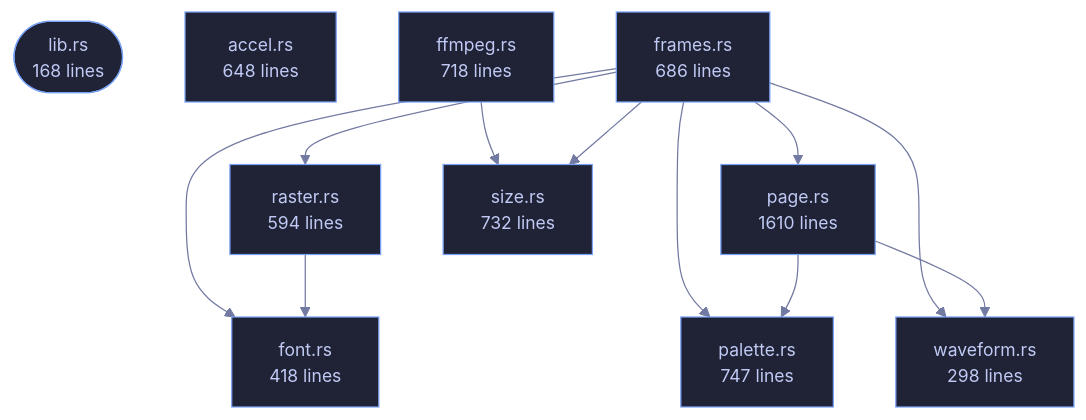
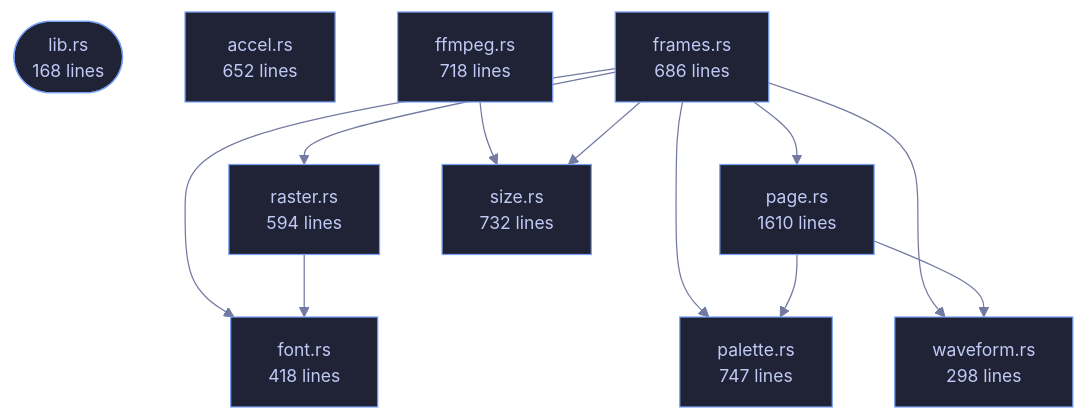
One commit to tilas01/veilvoice changed the diagram in crates/veilvoice-video/README.md. Above: the diagram before and after it, drawn with Mermaid. The commit also changed other lines of this file and 38 other files, not shown here.

````diff
--- a/crates/veilvoice-video/README.md
+++ b/crates/veilvoice-video/README.md
@@ -90,34 +90,34 @@
 ```mermaid
 %%{init: {"theme":"base","themeVariables":{"background":"#1a1b26","primaryColor":"#1f2335","primaryTextColor":"#c0caf5","primaryBorderColor":"#7aa2f7","secondaryColor":"#16161e","tertiaryColor":"#16161e","lineColor":"#737aa2","textColor":"#c0caf5","mainBkg":"#1f2335","nodeBorder":"#7aa2f7","clusterBkg":"#16161e","clusterBorder":"#2f3549","fontFamily":"ui-monospace, SFMono-Regular, Consolas, monospace","fontSize":"14px"}}}%%
 flowchart TD
     n_lib(["lib.rs<br/>168 lines"])
-    n_accel["accel.rs<br/>648 lines"]
+    n_accel["accel.rs<br/>652 lines"]
     n_ffmpeg["ffmpeg.rs<br/>718 lines"]
     n_font["font.rs<br/>418 lines"]
     n_frames["frames.rs<br/>686 lines"]
     n_page["page.rs<br/>1610 lines"]
     n_palette["palette.rs<br/>747 lines"]
     n_raster["raster.rs<br/>594 lines"]
     n_size["size.rs<br/>732 lines"]
     n_waveform["waveform.rs<br/>298 lines"]
     n_ffmpeg --> n_size
     n_frames --> n_font
     n_frames --> n_page
     n_frames --> n_palette
     n_frames --> n_raster
     n_frames --> n_size
     n_frames --> n_waveform
     n_page --> n_palette
     n_page --> n_waveform
     n_raster --> n_font
     click n_lib href "https://github.com/tilas01/veilvoice/blob/main/crates/veilvoice-video/src/lib.rs" "open the source"
     click n_accel href "https://github.com/tilas01/veilvoice/blob/main/crates/veilvoice-video/src/accel.rs" "open the source"
     click n_ffmpeg href "https://github.com/tilas01/veilvoice/blob/main/crates/veilvoice-video/src/ffmpeg.rs" "open the source"
     click n_font href "https://github.com/tilas01/veilvoice/blob/main/crates/veilvoice-video/src/font.rs" "open the source"
     click n_frames href "https://github.com/tilas01/veilvoice/blob/main/crates/veilvoice-video/src/frames.rs" "open the source"
     click n_page href "https://github.com/tilas01/veilvoice/blob/main/crates/veilvoice-video/src/page.rs" "open the source"
     click n_palette href "https://github.com/tilas01/veilvoice/blob/main/crates/veilvoice-video/src/palette.rs" "open the source"
     click n_raster href "https://github.com/tilas01/veilvoice/blob/main/crates/veilvoice-video/src/raster.rs" "open the source"
     click n_size href "https://github.com/tilas01/veilvoice/blob/main/crates/veilvoice-video/src/size.rs" "open the source"
     click n_waveform href "https://github.com/tilas01/veilvoice/blob/main/crates/veilvoice-video/src/waveform.rs" "open the source"
 ```
````
